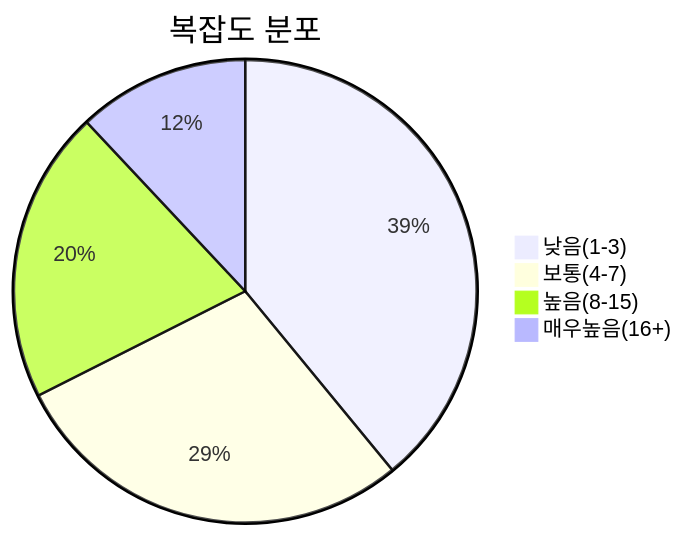
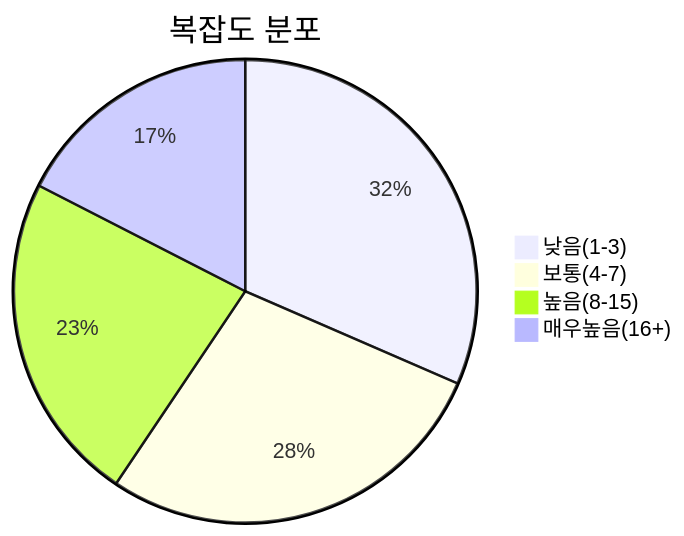
The diagram in generated_docs/project_summary.md (yeonjae-personal/codemuse-backend), drawn with Mermaid before and after one commit. The commit also changed other lines of this file and 3991 other files, not shown here.

First line of the commit message:
feat: 워크플로우 개선 및 핵심 문서 자동 생성 구현

````diff
--- a/generated_docs/project_summary.md
+++ b/generated_docs/project_summary.md
@@ -254,7 +409,7 @@
 ```mermaid
 pie title 복잡도 분포
-    "낮음(1-3)" : 531
-    "보통(4-7)" : 388
-    "높음(8-15)" : 278
-    "매우높음(16+)" : 163
+    "낮음(1-3)" : 1137
+    "보통(4-7)" : 1006
+    "높음(8-15)" : 834
+    "매우높음(16+)" : 630
 ```
````
